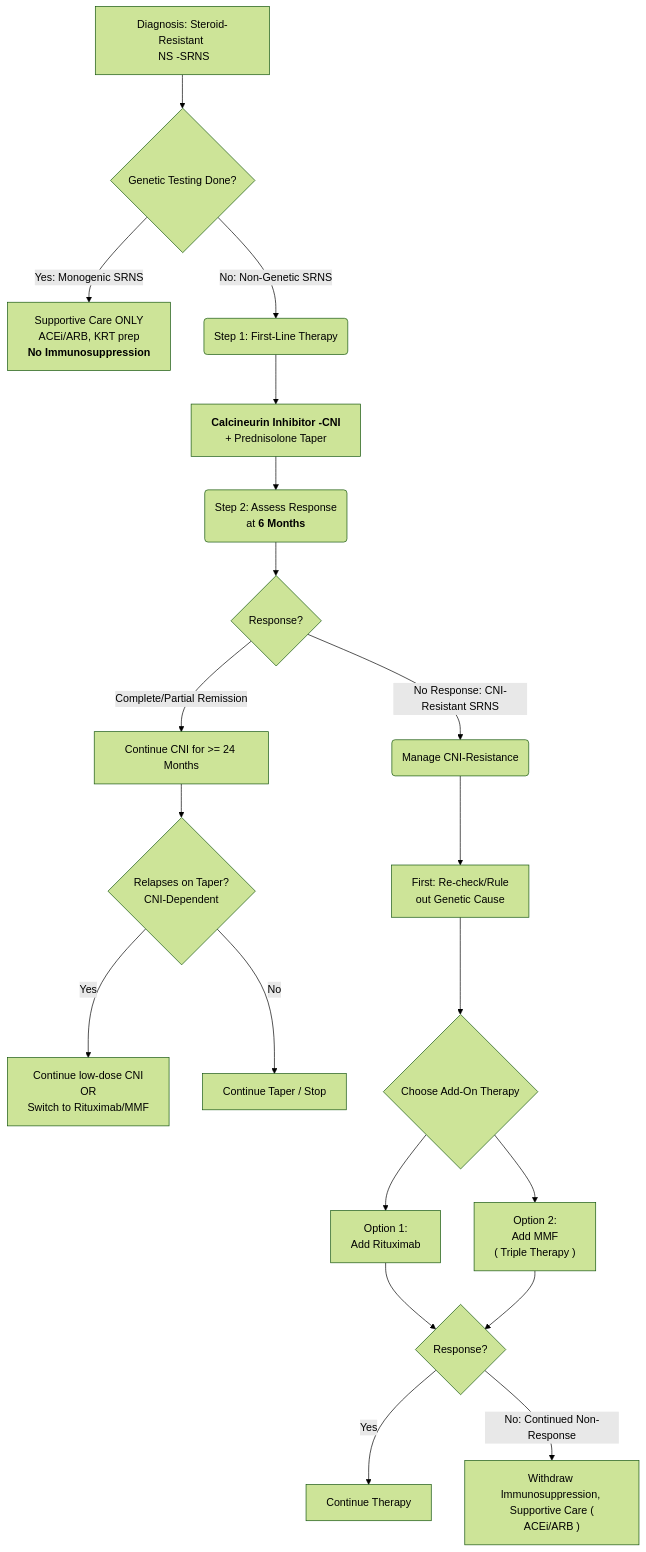
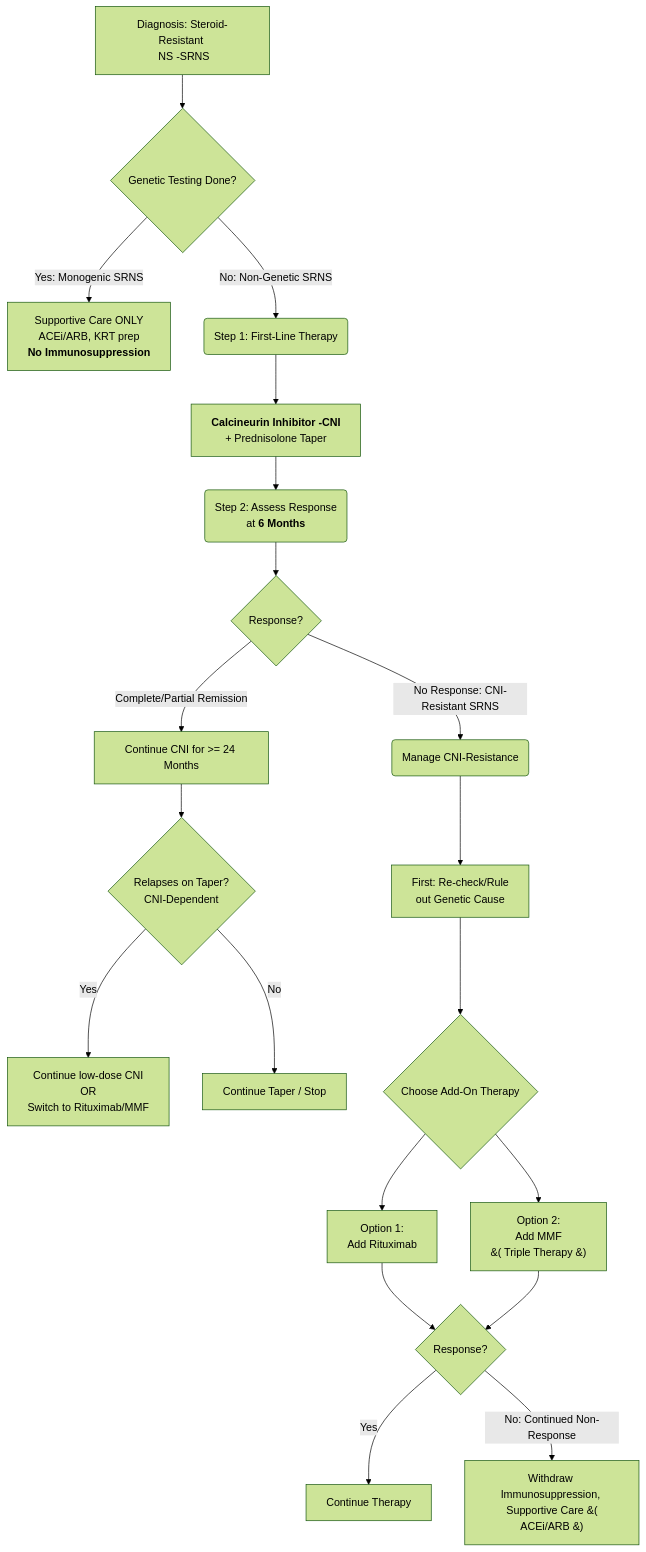
One commit to rubanbalaji-g/dnb-theory changed the second of 2 diagrams in src/site/notes/Nephrology/Nephrotic Syndrome.md. Above: the diagram before and after it, drawn with Mermaid (forest theme).

Commit message:
Published multiple files

````diff
--- a/src/site/notes/Nephrology/Nephrotic Syndrome.md
+++ b/src/site/notes/Nephrology/Nephrotic Syndrome.md
@@ -147,22 +147,22 @@
 ```mermaid
 graph TD
     A[Diagnosis: Steroid-Resistant <br> NS -SRNS] --> B{Genetic Testing Done?};
     B -- Yes: Monogenic SRNS --> C[Supportive Care ONLY <br>ACEi/ARB, KRT prep <br> <b>No Immunosuppression</b>];
     B -- No: Non-Genetic SRNS --> D(Step 1: First-Line Therapy);
     D --> E[<b>Calcineurin Inhibitor -CNI</b> <br>+ Prednisolone Taper];
     E --> F(Step 2: Assess Response <br>at <b>6 Months</b>);
     F --> G{Response?};
     G -- Complete/Partial Remission --> H[Continue CNI for >= 24 Months];
     H --> I{Relapses on Taper? <br>CNI-Dependent};
     I -- Yes --> J[Continue low-dose CNI <br>OR<br> Switch to Rituximab/MMF];
     I -- No --> K[Continue Taper / Stop];
     G -- No Response: CNI-Resistant SRNS --> L(Manage CNI-Resistance);
     L --> M[First: Re-check/Rule <br>out Genetic Cause];
     M --> N{Choose Add-On Therapy};
     N --> O[Option 1: <br>Add Rituximab];
-    N --> P[Option 2: <br>Add MMF <br>#40; Triple Therapy #41;];
+    N --> P[Option 2: <br>Add MMF <br>&#40; Triple Therapy &#41;];
     O --> Q{Response?};
     P --> Q;
     Q -- Yes --> R[Continue Therapy];
-    Q -- No: Continued Non-Response --> S[Withdraw Immunosuppression, <br> Supportive Care #40; ACEi/ARB #41;];
+    Q -- No: Continued Non-Response --> S[Withdraw Immunosuppression, <br> Supportive Care &#40; ACEi/ARB &#41;];
 ```
````
